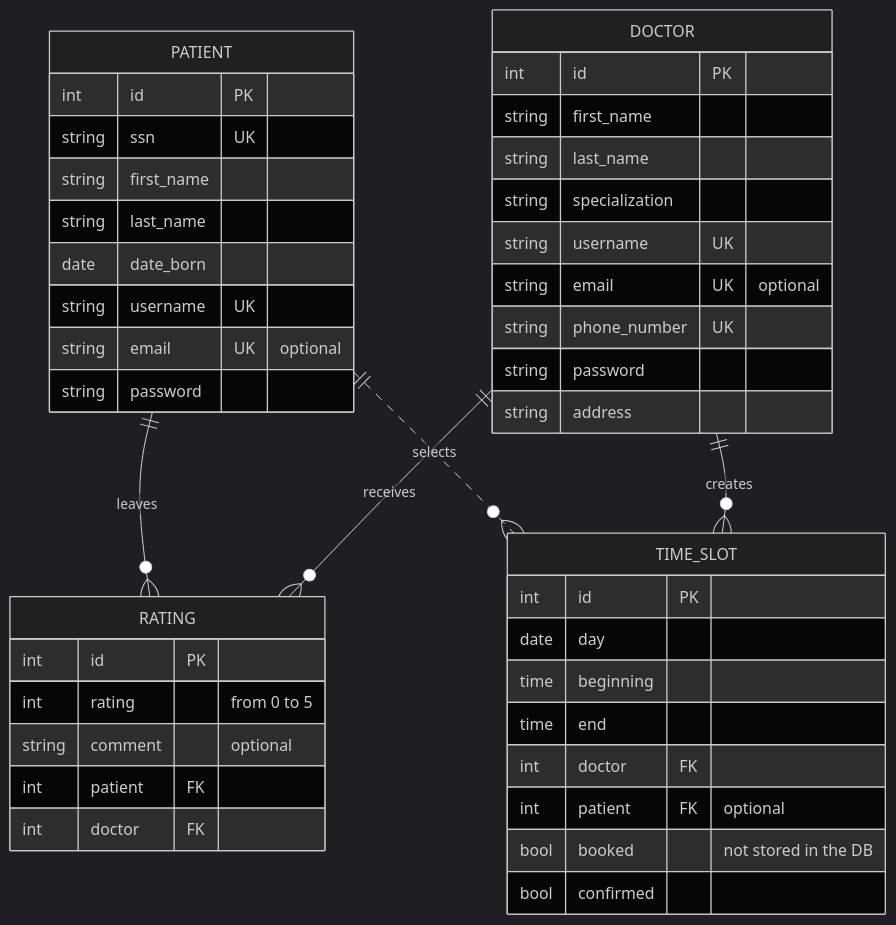
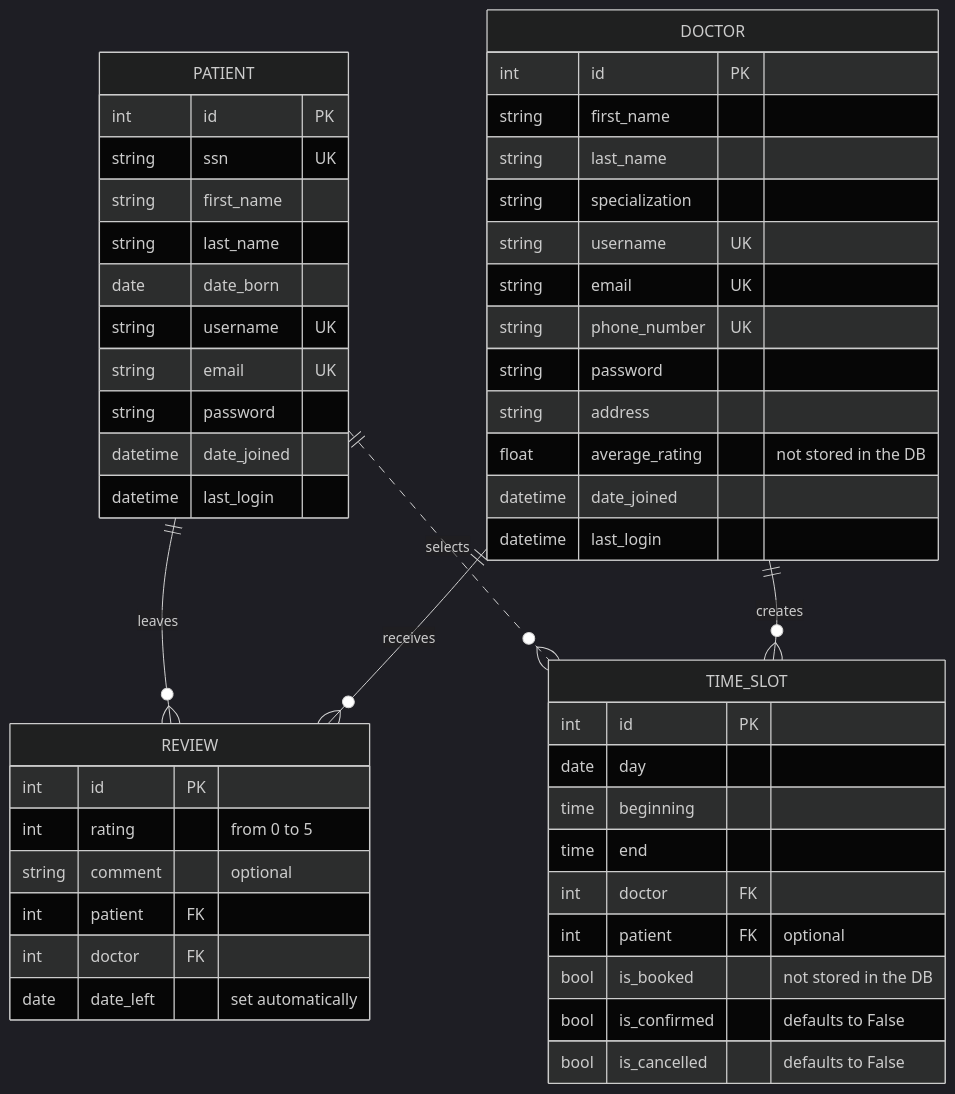
One commit to SaeedAllGray/Avicenna changed the diagram in diagrams/er.mermaid. Above: the diagram before and after it, drawn with Mermaid (dark theme).

Commit message:
Update the ERD with the newest changes

```diff
--- a/diagrams/er.mermaid
+++ b/diagrams/er.mermaid
@@ -1,43 +1,50 @@
 erDiagram
-    PATIENT ||--o{ RATING : leaves
+    PATIENT ||--o{ REVIEW : leaves
     PATIENT ||..o{ TIME_SLOT : selects
-    DOCTOR ||--o{ RATING : receives
+    DOCTOR ||--o{ REVIEW : receives
     DOCTOR ||--o{ TIME_SLOT : creates
     DOCTOR{
         int id PK
         string first_name
         string last_name
         string specialization
         string username UK
-        string email UK "optional"
+        string email UK
         string phone_number UK
         string password
         string address
+        float average_rating "not stored in the DB"
+        datetime date_joined
+        datetime last_login
     }
     PATIENT{
         int id PK
         string ssn UK
         string first_name
         string last_name
         date date_born
         string username UK
-        string email UK "optional"
+        string email UK
         string password
+        datetime date_joined
+        datetime last_login
     }
-    RATING{
+    REVIEW{
         int id PK
         int rating "from 0 to 5"
         string comment "optional"
         int patient FK
         int doctor FK
+        date date_left "set automatically"
     }
     TIME_SLOT{
         int id PK
         date day
         time beginning
         time end
         int doctor FK
         int patient FK "optional"
-        bool booked "not stored in the DB"
-        bool confirmed
+        bool is_booked "not stored in the DB"
+        bool is_confirmed "defaults to False"
+        bool is_cancelled "defaults to False"
     }
```
